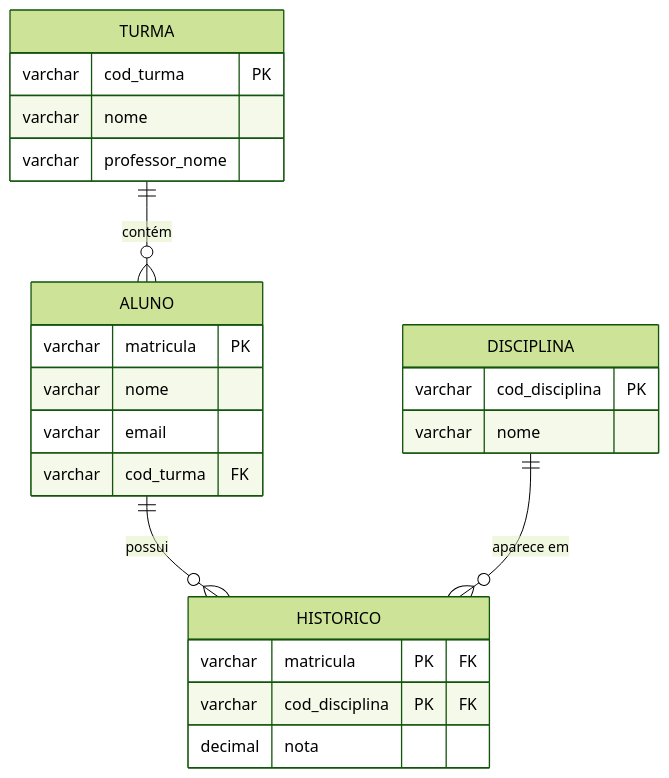
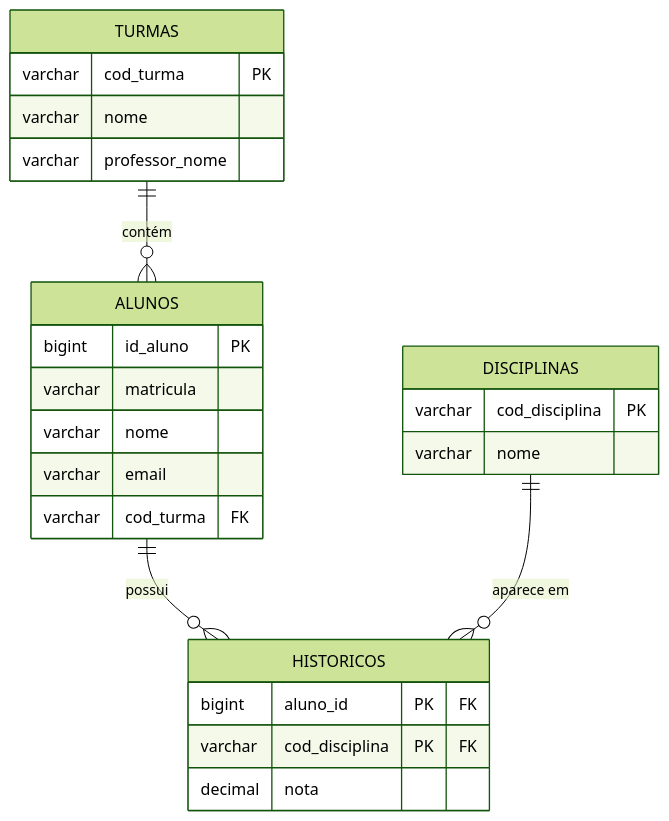
The sixth of 9 diagrams in docs/aulas/Aula_02_Normalizacao.md (DSM-Fatec-Jahu/BDR-DSM-2026-2), drawn with Mermaid (forest theme) before and after one commit. The commit also changed other lines of this file and 1 other file, not shown here.

````diff
--- a/docs/aulas/Aula_02_Normalizacao.md
+++ b/docs/aulas/Aula_02_Normalizacao.md
@@ -432,30 +442,31 @@
 ```mermaid
 erDiagram
-    ALUNO {
-        varchar matricula PK
+    ALUNOS {
+        bigint id_aluno PK
+        varchar matricula
         varchar nome
         varchar email
         varchar cod_turma FK
     }
 
-    TURMA {
+    TURMAS {
         varchar cod_turma PK
         varchar nome
         varchar professor_nome
     }
 
-    DISCIPLINA {
+    DISCIPLINAS {
         varchar cod_disciplina PK
         varchar nome
     }
 
-    HISTORICO {
-        varchar matricula PK "FK"
+    HISTORICOS {
+        bigint aluno_id PK "FK"
         varchar cod_disciplina PK "FK"
         decimal nota
     }
 
-    ALUNO ||--o{ HISTORICO : "possui"
-    DISCIPLINA ||--o{ HISTORICO : "aparece em"
-    TURMA ||--o{ ALUNO : "contém"
+    ALUNOS ||--o{ HISTORICOS : "possui"
+    DISCIPLINAS ||--o{ HISTORICOS : "aparece em"
+    TURMAS ||--o{ ALUNOS : "contém"
 ```
````
